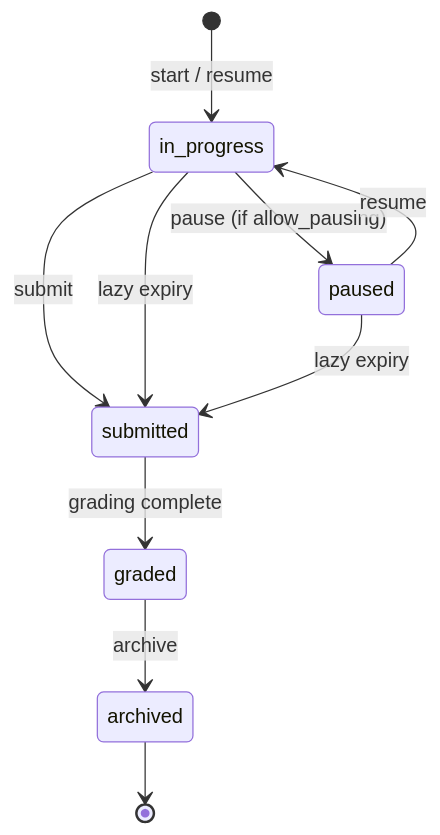
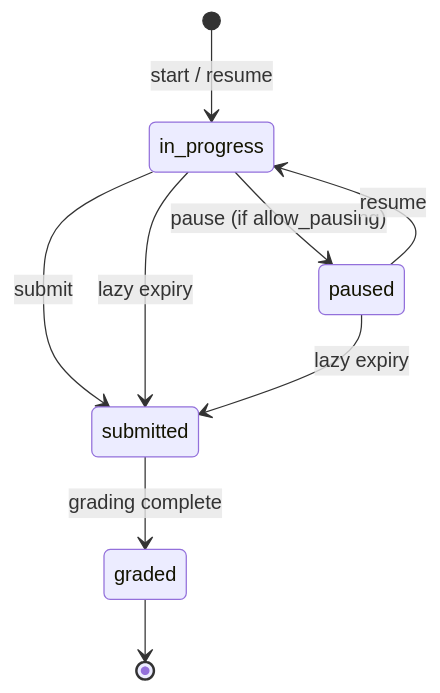
Before and after one commit to AlaaBadawii/quizey-platform: the second of 2 diagrams in README.md, drawn with Mermaid. The commit also changed other lines of this file, not shown here.

````diff
--- a/README.md
+++ b/README.md
@@ -231,12 +244,11 @@
 ```mermaid
 stateDiagram-v2
     [*] --> in_progress : start / resume
     in_progress --> paused : pause (if allow_pausing)
     paused --> in_progress : resume
     in_progress --> submitted : submit
     in_progress --> submitted : lazy expiry
     paused --> submitted : lazy expiry
     submitted --> graded : grading complete
-    graded --> archived : archive
-    archived --> [*]
+    graded --> [*]
 ```
````
